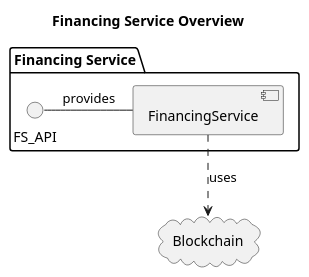
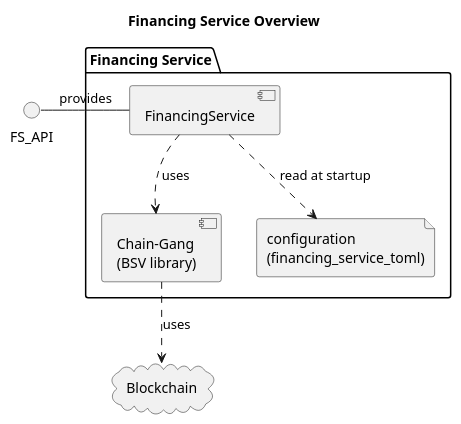
Before and after one commit to nchain-innovation/financing-service: the diagram in docs/diagrams/overview.puml, drawn with PlantUML. The commit also changed 8 other files, not shown here.

```diff
--- a/docs/diagrams/overview.puml
+++ b/docs/diagrams/overview.puml
@@ -1,14 +1,20 @@
 @startuml
 title Financing Service Overview
 
+interface FS_API
 package "Financing Service" {
     FS_API - [FinancingService] : provides
+    [Chain-Gang\n(BSV library)] 
+    file "configuration\n(financing_service_toml)" as fs_toml
+   
+    [FinancingService] ..> fs_toml: read at startup
+
 }
 
 cloud "Blockchain" {
 }
-
-[FinancingService] ..> Blockchain: uses
+[FinancingService] ..> [Chain-Gang\n(BSV library)]: uses
+[Chain-Gang\n(BSV library)] ..> Blockchain: uses
 
 
 @enduml
```
